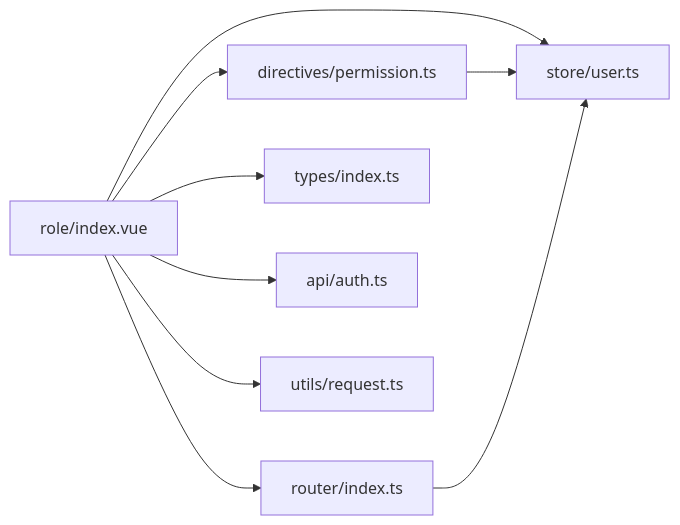
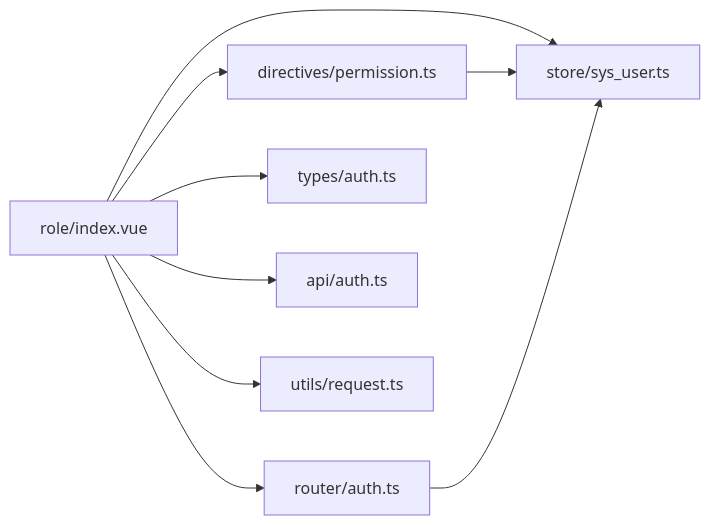
The seventh of 7 diagrams in .qoder/repowiki/zh/content/系统管理模块/角色管理.md (qiseyun/vue-ts-admin), drawn with Mermaid before and after one commit. The commit also changed other lines of this file and 42 other files, not shown here.

````diff
--- a/.qoder/repowiki/zh/content/系统管理模块/角色管理.md
+++ b/.qoder/repowiki/zh/content/系统管理模块/角色管理.md
@@ -311,11 +311,11 @@
 ```mermaid
 graph LR
-ROLE["role/index.vue"] --> STORE["store/user.ts"]
+ROLE["role/index.vue"] --> STORE["store/sys_user.ts"]
 ROLE --> DIRECTIVES["directives/permission.ts"]
-ROLE --> ROUTER["router/index.ts"]
-ROLE --> TYPES["types/index.ts"]
+ROLE --> ROUTER["router/auth.ts"]
+ROLE --> TYPES["types/auth.ts"]
 ROLE --> AUTHAPI["api/auth.ts"]
 ROLE --> REQUEST["utils/request.ts"]
 DIRECTIVES --> STORE
 ROUTER --> STORE
 ```
````
